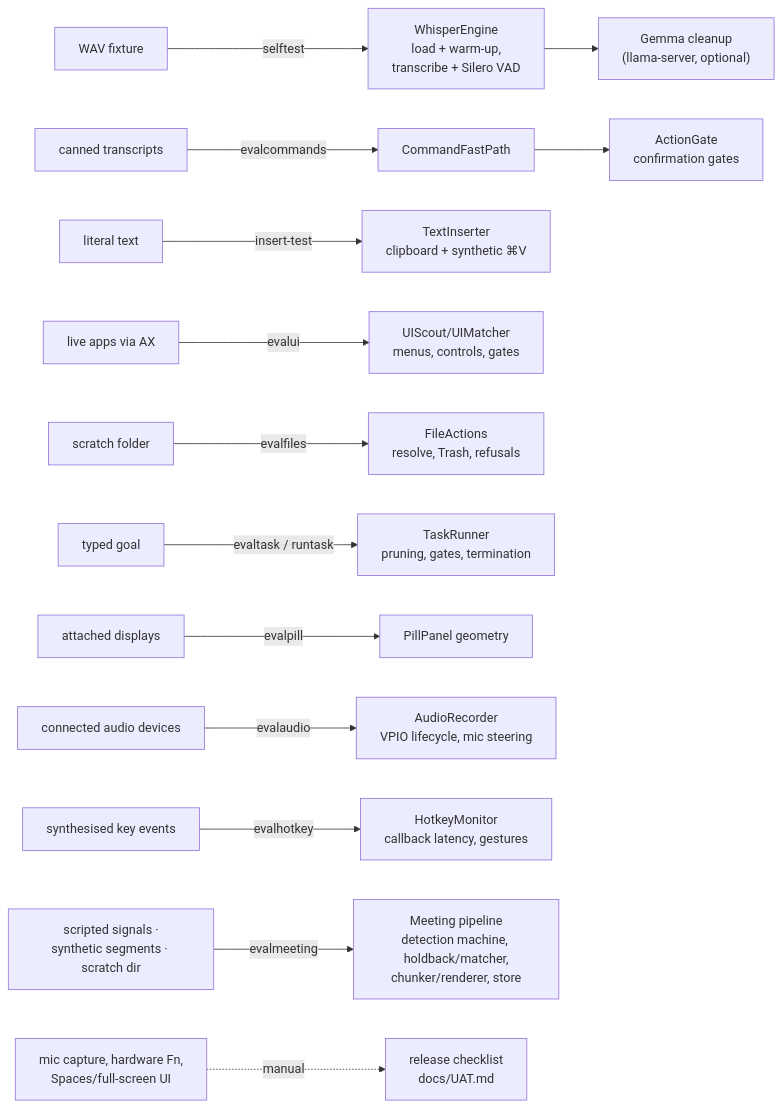
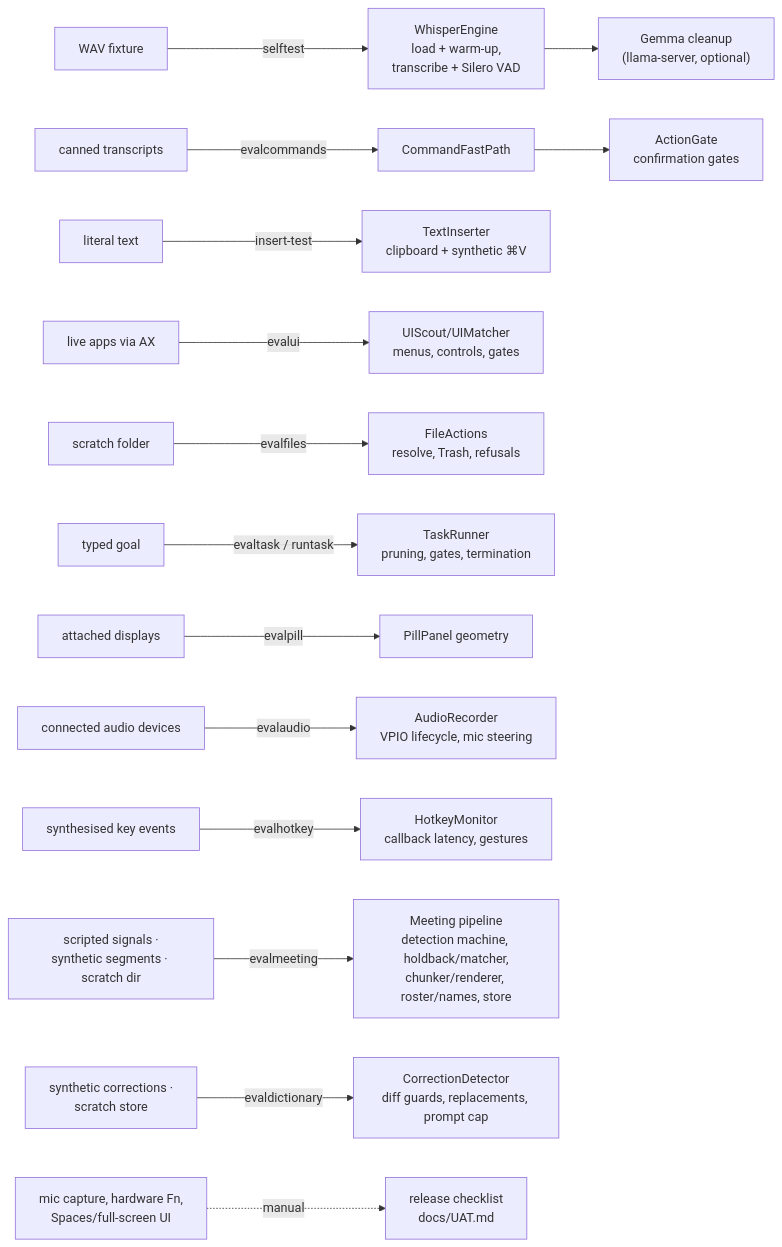
One commit to zeldaLabs/zeldaFlow changed the diagram in docs/TESTING.md. Above: the diagram before and after it, drawn with Mermaid. The commit also changed other lines of this file and 24 other files, not shown here.

````diff
--- a/docs/TESTING.md
+++ b/docs/TESTING.md
@@ -23,15 +23,16 @@
 ```mermaid
 flowchart LR
     wav["WAV fixture"] -->|selftest| stt["WhisperEngine<br/>load + warm-up,<br/>transcribe + Silero VAD"]
     stt --> clean["Gemma cleanup<br/>(llama-server, optional)"]
     txt["canned transcripts"] -->|evalcommands| fp["CommandFastPath"] --> gate["ActionGate<br/>confirmation gates"]
     str["literal text"] -->|insert-test| ins["TextInserter<br/>clipboard + synthetic ⌘V"]
     ax["live apps via AX"] -->|evalui| uic["UIScout/UIMatcher<br/>menus, controls, gates"]
     fsx["scratch folder"] -->|evalfiles| fa["FileActions<br/>resolve, Trash, refusals"]
     goal["typed goal"] -->|evaltask / runtask| loop["TaskRunner<br/>pruning, gates, termination"]
     scr["attached displays"] -->|evalpill| pill["PillPanel geometry"]
     dev["connected audio devices"] -->|evalaudio| au["AudioRecorder<br/>VPIO lifecycle, mic steering"]
     ev["synthesised key events"] -->|evalhotkey| hk["HotkeyMonitor<br/>callback latency, gestures"]
-    sig["scripted signals ·<br/>synthetic segments · scratch dir"] -->|evalmeeting| meet["Meeting pipeline<br/>detection machine, holdback/matcher,<br/>chunker/renderer, store"]
+    sig["scripted signals ·<br/>synthetic segments · scratch dir"] -->|evalmeeting| meet["Meeting pipeline<br/>detection machine, holdback/matcher,<br/>chunker/renderer, roster/names, store"]
+    dict["synthetic corrections ·<br/>scratch store"] -->|evaldictionary| corr["CorrectionDetector<br/>diff guards, replacements, prompt cap"]
     mic["mic capture, hardware Fn,<br/>Spaces/full-screen UI"] -.->|manual| uat["release checklist<br/>docs/UAT.md"]
 ```
````
